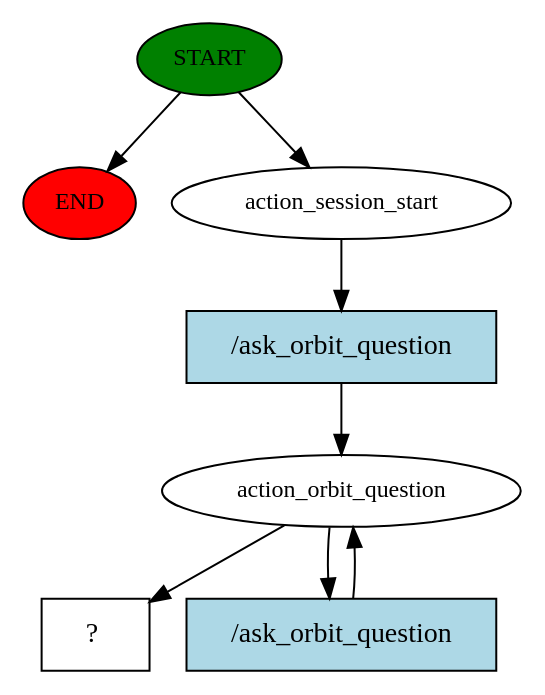
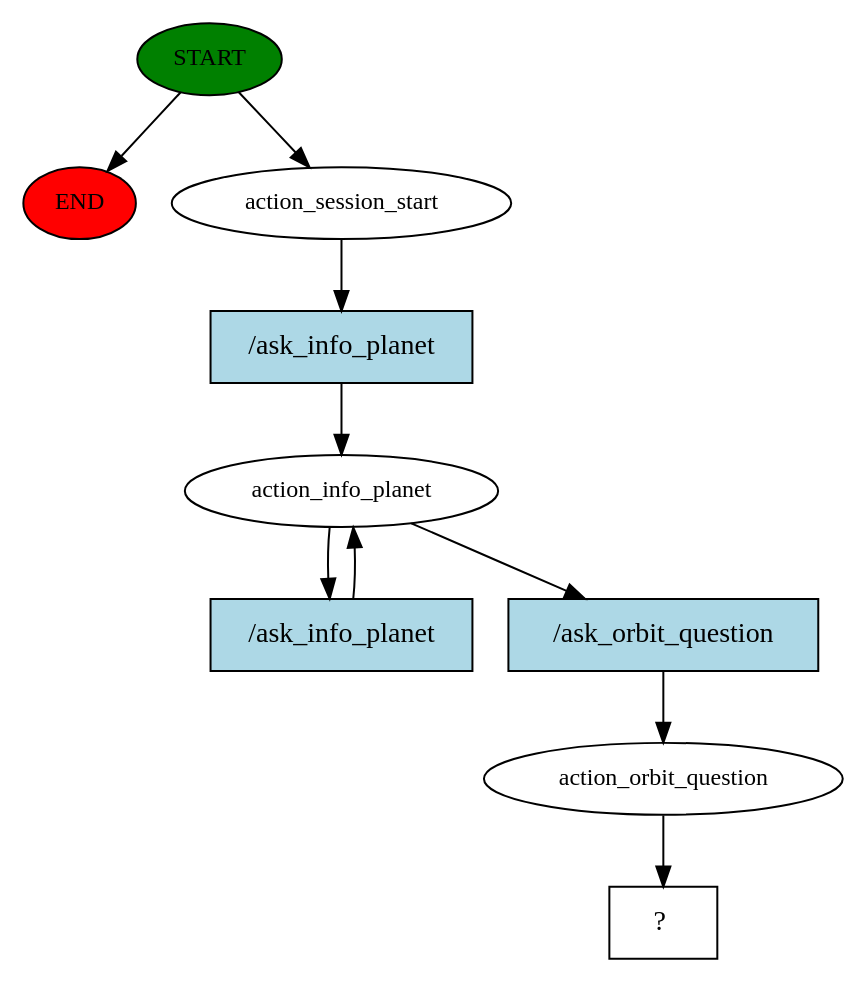
The diagram in story_graph.dot (Dashavod/devtorium_bot), drawn with Graphviz before and after one commit. The commit also changed 60 other files, not shown here.

Commit message:
format response in orbit question; add question with general info about planet

```diff
--- a/story_graph.dot
+++ b/story_graph.dot
@@ -1,16 +1,20 @@
 digraph  {
 0 [class="start active", fillcolor=green, fontsize=12, label=START, style=filled];
 "-1" [class=end, fillcolor=red, fontsize=12, label=END, style=filled];
 1 [class=active, fontsize=12, label=action_session_start];
-2 [class=active, fontsize=12, label=action_orbit_question];
-5 [class="intent dashed active", label="  ?  ", shape=rect];
-6 [class="intent active", fillcolor=lightblue, label="/ask_orbit_question", shape=rect, style=filled];
-7 [class="intent active", fillcolor=lightblue, label="/ask_orbit_question", shape=rect, style=filled];
+2 [class=active, fontsize=12, label=action_info_planet];
+10 [class=active, fontsize=12, label=action_orbit_question];
+11 [class="intent dashed active", label="  ?  ", shape=rect];
+12 [class="intent active", fillcolor=lightblue, label="/ask_info_planet", shape=rect, style=filled];
+13 [class="intent active", fillcolor=lightblue, label="/ask_info_planet", shape=rect, style=filled];
+14 [class="intent active", fillcolor=lightblue, label="/ask_orbit_question", shape=rect, style=filled];
 0 -> "-1"  [class="", key=NONE, label=""];
 0 -> 1  [class=active, key=NONE, label=""];
-1 -> 6  [class=active, key=0];
-2 -> 5  [class=active, key=NONE, label=""];
-2 -> 7  [class=active, key=0];
-6 -> 2  [class=active, key=0];
-7 -> 2  [class=active, key=0];
+1 -> 12  [class=active, key=0];
+2 -> 13  [class=active, key=0];
+2 -> 14  [class=active, key=0];
+10 -> 11  [class=active, key=NONE, label=""];
+12 -> 2  [class=active, key=0];
+13 -> 2  [class=active, key=0];
+14 -> 10  [class=active, key=0];
 }
```
